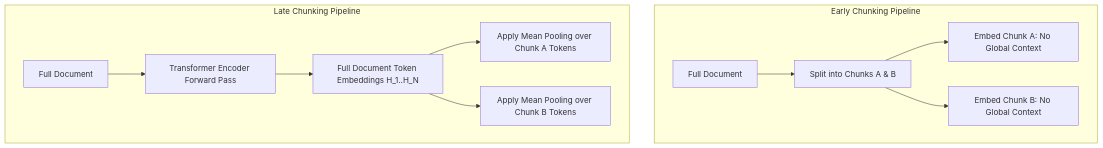
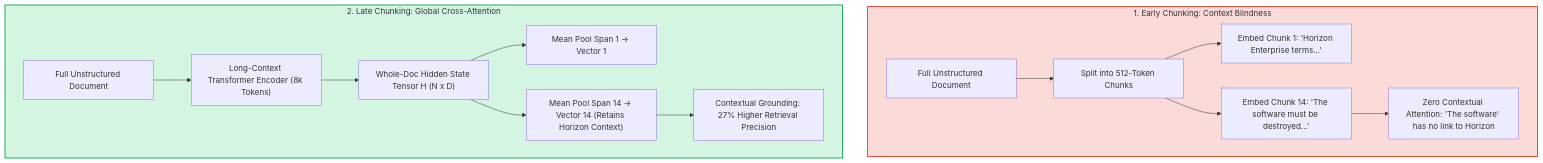
Before and after one commit to vesviet/vesviet: the first of 2 diagrams in content/series/ai-data-engineering-pipeline/part-3-late-chunking-semantic-caching.md, drawn with Mermaid. The commit also changed other lines of this file and 67 other files, not shown here.

````diff
--- a/content/series/ai-data-engineering-pipeline/part-3-late-chunking-semantic-caching.md
+++ b/content/series/ai-data-engineering-pipeline/part-3-late-chunking-semantic-caching.md
@@ -63,15 +53,20 @@
 ```mermaid
-graph TD
-    subgraph Early Chunking Pipeline
-        A1["Full Document"] --> B1["Split into Chunks A & B"]
-        B1 --> C1["Embed Chunk A: No Global Context"]
-        B1 --> D1["Embed Chunk B: No Global Context"]
+flowchart TD
+    subgraph EarlyPipeline ["1. Early Chunking: Context Blindness"]
+        Doc1["Full Unstructured Document"] --> Split1["Split into 512-Token Chunks"]
+        Split1 --> EmbedA["Embed Chunk 1: 'Horizon Enterprise terms...'"]
+        Split1 --> EmbedB["Embed Chunk 14: 'The software must be destroyed...'"]
+        EmbedB --> Fail["Zero Contextual Attention: 'The software' has no link to Horizon"]
     end
 
-    subgraph Late Chunking Pipeline
-        A2["Full Document"] --> B2["Transformer Encoder Forward Pass"]
-        B2 --> C2["Full Document Token Embeddings H_1..H_N"]
-        C2 --> D2["Apply Mean Pooling over Chunk A Tokens"]
-        C2 --> E2["Apply Mean Pooling over Chunk B Tokens"]
+    subgraph LatePipeline ["2. Late Chunking: Global Cross-Attention"]
+        Doc2["Full Unstructured Document"] --> Transformer["Long-Context Transformer Encoder (8k Tokens)"]
+        Transformer --> HiddenStates["Whole-Doc Hidden State Tensor H (N x D)"]
+        HiddenStates --> PoolA["Mean Pool Span 1 -> Vector 1"]
+        HiddenStates --> PoolB["Mean Pool Span 14 -> Vector 14 (Retains Horizon Context)"]
+        PoolB --> Success["Contextual Grounding: 27% Higher Retrieval Precision"]
     end
+
+    style EarlyPipeline fill:#fadbd8,stroke:#e74c3c,stroke-width:2px
+    style LatePipeline fill:#d5f5e3,stroke:#27ae60,stroke-width:2px
 ```
````
